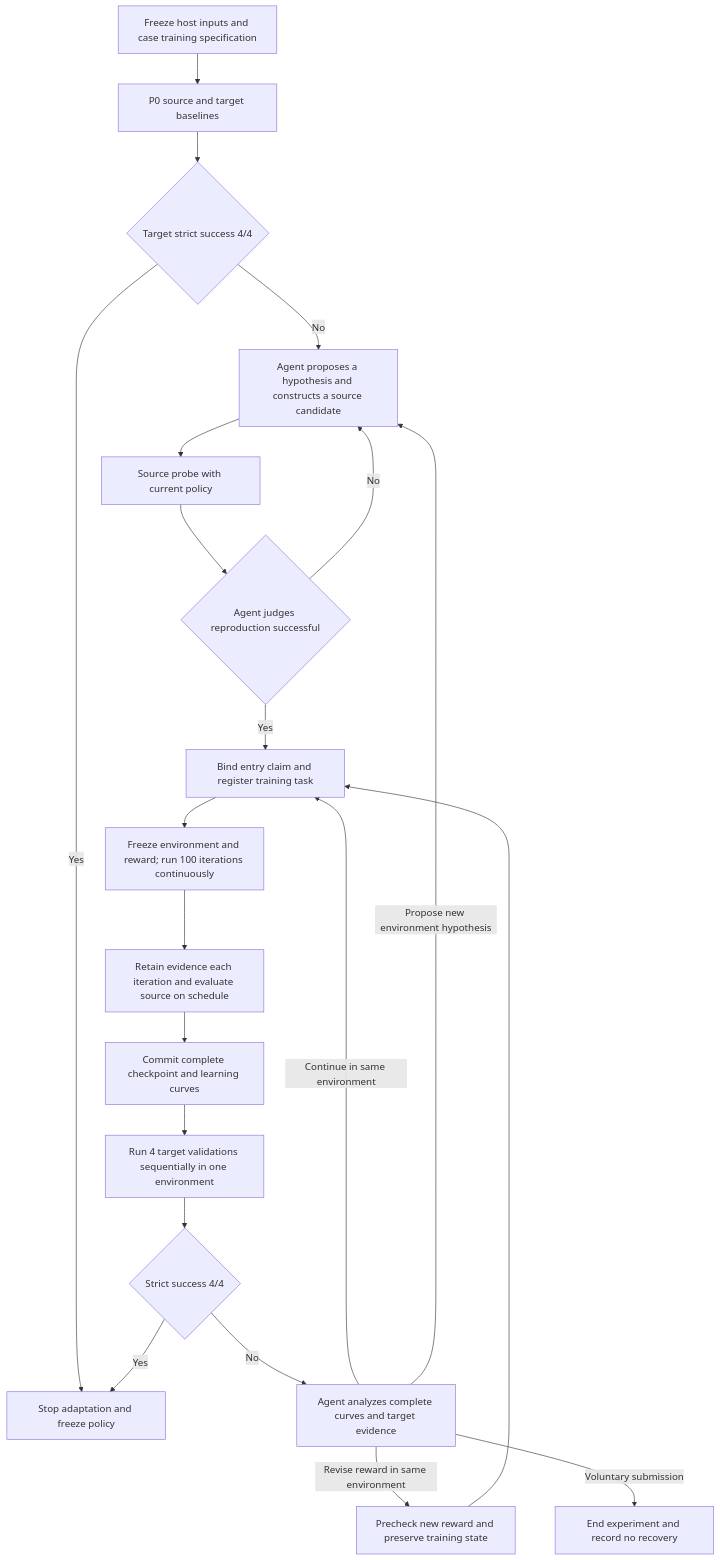
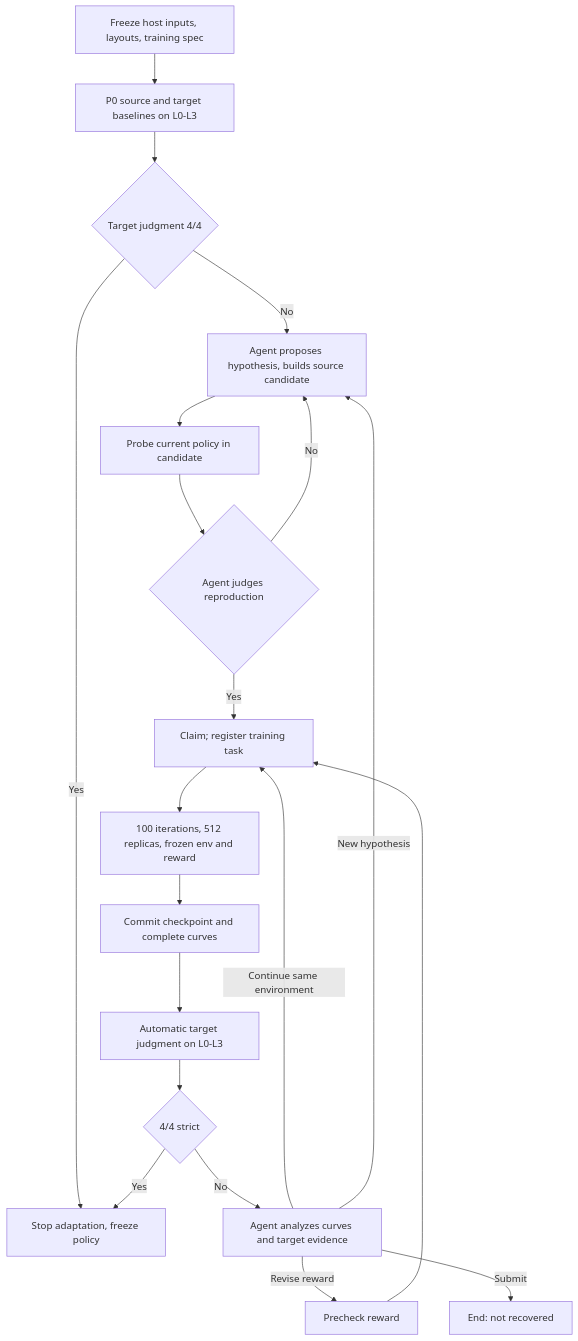
One commit to AdelFlower/EmbodiedEvo changed the diagram in PLAN.md. Above: the diagram before and after it, drawn with Mermaid. The commit also changed other lines of this file and 45 other files, not shown here.

````diff
--- a/PLAN.md
+++ b/PLAN.md
@@ -227,23 +137,21 @@
 ```mermaid
 flowchart TD
-    A[Freeze host inputs and case training specification] --> B[P0 source and target baselines]
-    B --> C{Target strict success 4/4}
-    C -->|Yes| Z[Stop adaptation and freeze policy]
-    C -->|No| D[Agent proposes a hypothesis and constructs a source candidate]
-    D --> E[Source probe with current policy]
-    E --> F{Agent judges reproduction successful}
+    A[Freeze host inputs, layouts, training spec] --> B[P0 source and target baselines on L0-L3]
+    B --> C{Target judgment 4/4}
+    C -->|Yes| Z[Stop adaptation, freeze policy]
+    C -->|No| D[Agent proposes hypothesis, builds source candidate]
+    D --> E[Probe current policy in candidate]
+    E --> F{Agent judges reproduction}
     F -->|No| D
-    F -->|Yes| G[Bind entry claim and register training task]
-    G --> H[Freeze environment and reward; run 100 iterations continuously]
-    H --> I[Retain evidence each iteration and evaluate source on schedule]
-    I --> J[Commit complete checkpoint and learning curves]
-    J --> K[Run 4 target validations sequentially in one environment]
-    K --> L{Strict success 4/4}
+    F -->|Yes| G[Claim; register training task]
+    G --> H[100 iterations, 512 replicas, frozen env and reward]
+    H --> J[Commit checkpoint and complete curves]
+    J --> K[Automatic target judgment on L0-L3]
+    K --> L{4/4 strict}
     L -->|Yes| Z
-    L -->|No| M[Agent analyzes complete curves and target evidence]
-    M -->|Continue in same environment| G
-    M -->|Revise reward in same environment| R[Precheck new reward and preserve training state]
-    R --> G
-    M -->|Propose new environment hypothesis| D
-    M -->|Voluntary submission| X[End experiment and record no recovery]
+    L -->|No| M[Agent analyzes curves and target evidence]
+    M -->|Continue same environment| G
+    M -->|Revise reward| R[Precheck reward] --> G
+    M -->|New hypothesis| D
+    M -->|Submit| X[End: not recovered]
 ```
````
